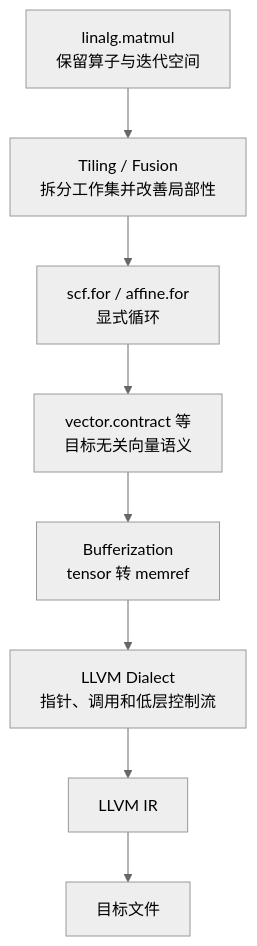
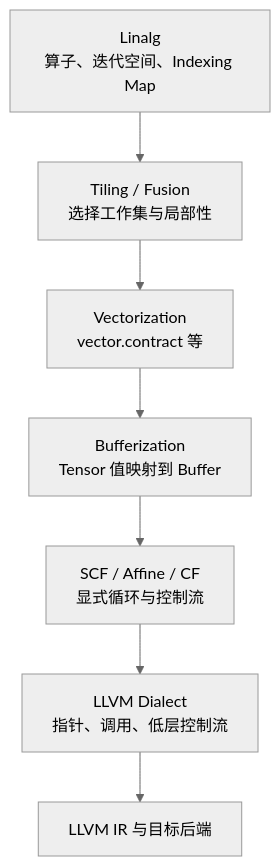
The third of 8 diagrams in blog/mlir.md (Fizgrad/fizgrad.github.io), drawn with Mermaid (neutral theme) before and after one commit. The commit also changed other lines of this file, not shown here.

````diff
--- a/blog/mlir.md
+++ b/blog/mlir.md
@@ -404,10 +524,9 @@
 ```mermaid
 flowchart TD
-    LINALG["linalg.matmul<br/>保留算子与迭代空间"] --> TILE["Tiling / Fusion<br/>拆分工作集并改善局部性"]
-    TILE --> LOOP["scf.for / affine.for<br/>显式循环"]
-    LOOP --> VECTOR["vector.contract 等<br/>目标无关向量语义"]
-    VECTOR --> BUFFER["Bufferization<br/>tensor 转 memref"]
-    BUFFER --> LLVM_D["LLVM Dialect<br/>指针、调用和低层控制流"]
-    LLVM_D --> LLVM_IR["LLVM IR"]
-    LLVM_IR --> OBJ["目标文件"]
+    LINALG["Linalg<br/>算子、迭代空间、Indexing Map"] --> TILE["Tiling / Fusion<br/>选择工作集与局部性"]
+    TILE --> VECTOR["Vectorization<br/>vector.contract 等"]
+    VECTOR --> BUFFER["Bufferization<br/>Tensor 值映射到 Buffer"]
+    BUFFER --> LOOP["SCF / Affine / CF<br/>显式循环与控制流"]
+    LOOP --> LLVM_D["LLVM Dialect<br/>指针、调用、低层控制流"]
+    LLVM_D --> LLVM_IR["LLVM IR 与目标后端"]
 ```
````
